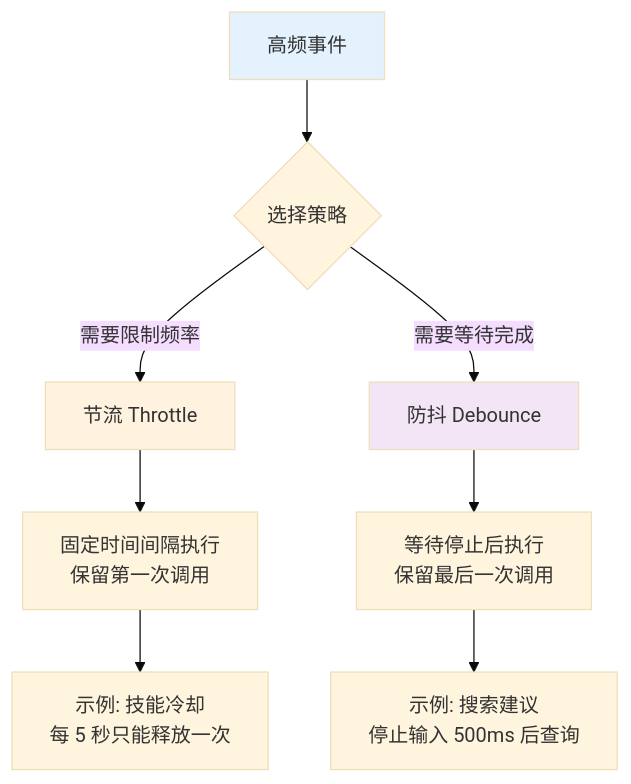
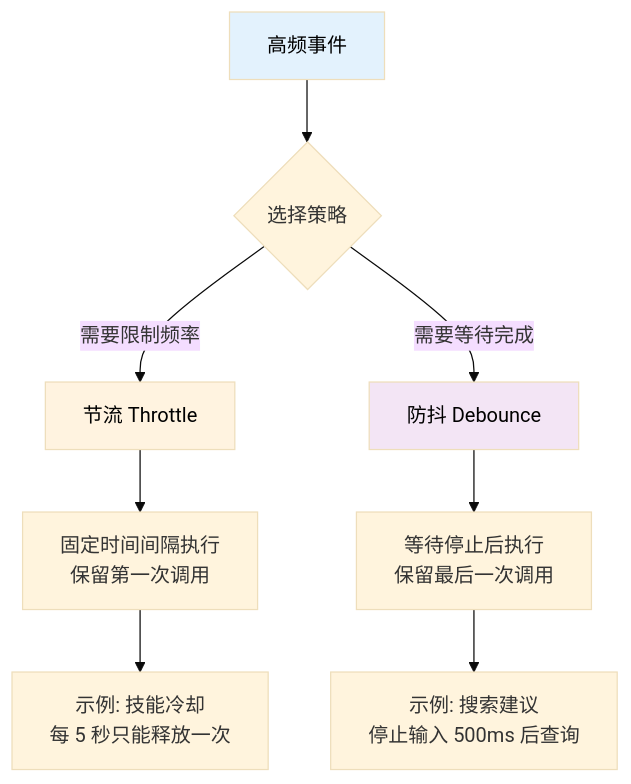
The second of 2 diagrams in docs/basic-tech/utilities/index.md (FxRayHughes/taboowiki), drawn with Mermaid (base theme) before and after one commit. The commit also changed other lines of this file and 19 other files, not shown here.

First line of the commit message:
feat(docs): 添加 Mermaid 图表支持并优化暗色模式显示

````diff
--- a/docs/basic-tech/utilities/index.md
+++ b/docs/basic-tech/utilities/index.md
@@ -329,16 +329,16 @@
 ```mermaid
 graph TB
     A[高频事件] --> B{选择策略}
     B -->|需要限制频率| C[节流 Throttle]
     B -->|需要等待完成| D[防抖 Debounce]
 
     C --> C1[固定时间间隔执行<br/>保留第一次调用]
     D --> D1[等待停止后执行<br/>保留最后一次调用]
 
     C1 --> C2[示例: 技能冷却<br/>每 5 秒只能释放一次]
     D1 --> D2[示例: 搜索建议<br/>停止输入 500ms 后查询]
 
-    style A fill:#e3f2fd
-    style C fill:#fff3e0
-    style D fill:#f3e5f5
+    style A fill:#e3f2fd,color:#000000
+    style C fill:#fff3e0,color:#000000
+    style D fill:#f3e5f5,color:#000000
 ```
````
